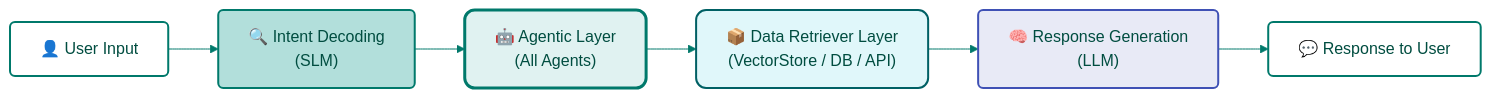
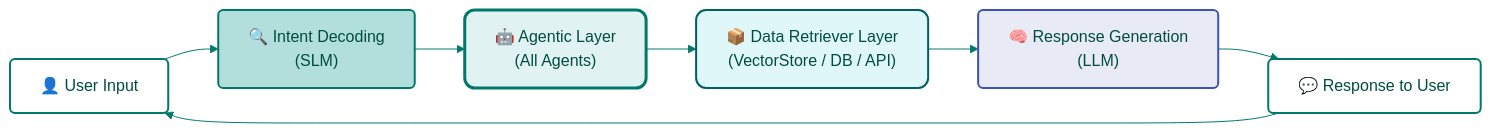
One commit to vasanthmiste/conv-ai changed the diagram in conv-ai-outline.mmd. Above: the diagram before and after it, drawn with Mermaid. The commit also changed other lines of this file, not shown here.

```diff
--- a/conv-ai-outline.mmd
+++ b/conv-ai-outline.mmd
@@ -1,24 +1,24 @@
 %%{init: {
   'theme': 'base',
   'themeVariables': {
     'primaryColor': '#E0F2F1',
     'primaryTextColor': '#004D40',
     'primaryBorderColor': '#00796B',
     'lineColor': '#00796B',
     'secondaryColor': '#FFF3E0',
     'tertiaryColor': '#F1F8E9'
   }
 }}%%
 
 flowchart LR
     classDef default fill:#fff,stroke:#00796B,stroke-width:2px,rx:5,ry:5;
     classDef coordinator fill:#E0F2F1,stroke:#00796B,stroke-width:3px,rx:10,ry:10;
     classDef intent fill:#B2DFDB,stroke:#00796B,stroke-width:2px;
     classDef delegate fill:#FFF3E0,stroke:#FF8F00,stroke-width:2px,rx:8,ry:8;
     classDef llm fill:#E8EAF6,stroke:#3F51B5,stroke-width:2px,rx:5,ry:5;
     classDef api fill:#FCE4EC,stroke:#C2185B,stroke-width:2px,rx:5,ry:5;
     classDef process fill:#F1F8E9,stroke:#558B2F,stroke-width:2px,rx:5,ry:5;
 
-    U["👤 User Input"]:::default --> I["🔍 Intent Decoding<br>(SLM)"]:::intent --> A["🤖 Agentic Layer<br>(All Agents)"]:::coordinator --> D["📦 Data Retriever Layer<br>(VectorStore / DB / API)"]:::process --> LLM["🧠 Response Generation<br>(LLM)"]:::llm --> R["💬 Response to User"]:::default
+    U["👤 User Input"]:::default --> I["🔍 Intent Decoding<br>(SLM)"]:::intent --> A["🤖 Agentic Layer<br>(All Agents)"]:::coordinator --> D["📦 Data Retriever Layer<br>(VectorStore / DB / API)"]:::process --> LLM["🧠 Response Generation<br>(LLM)"]:::llm --> R["💬 Response to User"]:::default --> U
 
     style D fill:#E0F7FA,stroke:#006064,stroke-width:2px,rx:10,ry:10;
```
